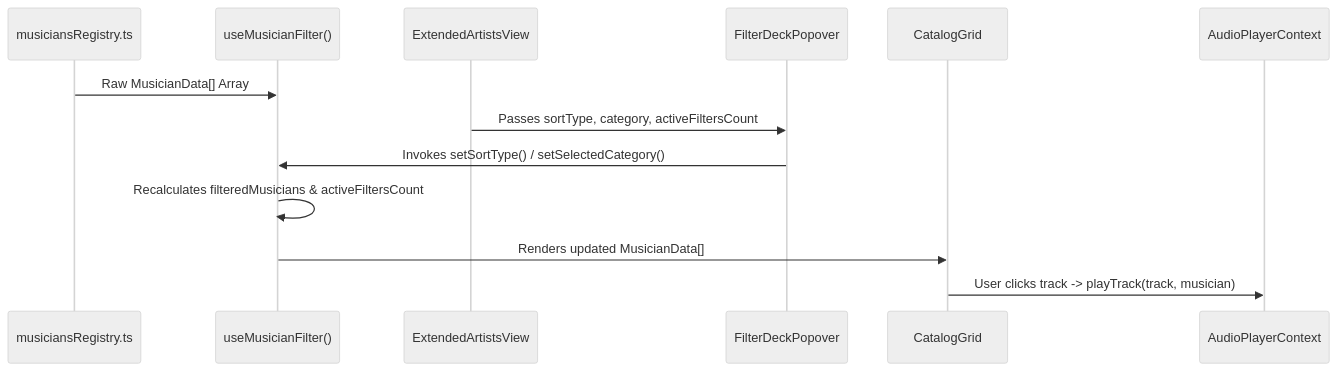
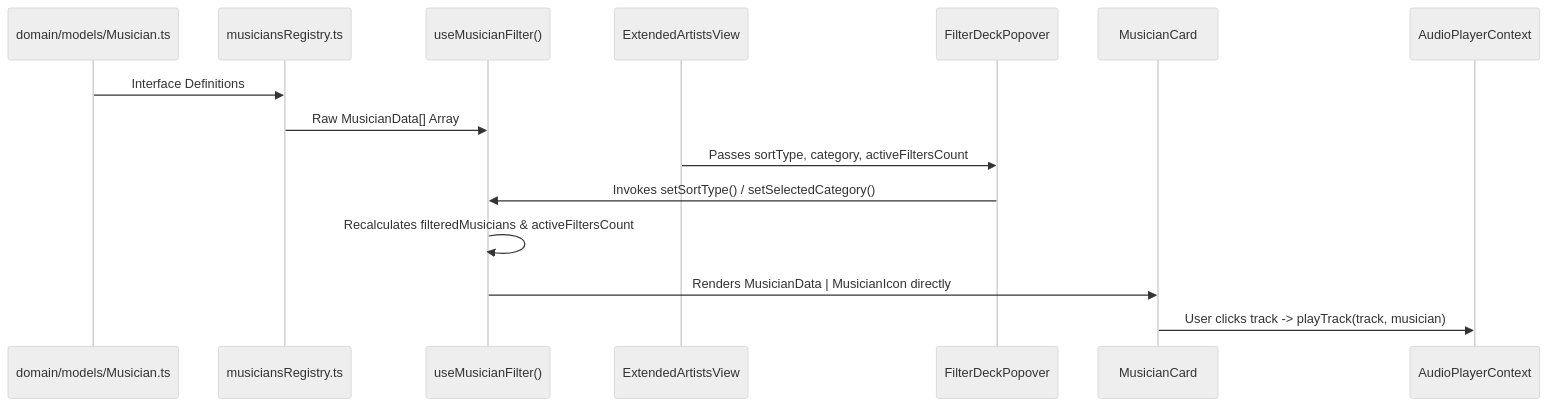
One commit to alouvre/exhibition_malang changed the diagram in docs/DATA_MODELS_AND_STORES.md. Above: the diagram before and after it, drawn with Mermaid (neutral theme). The commit also changed other lines of this file and 18 other files, not shown here.

Commit message:
docs: synchronize all technical documentation with shared components refactor, domain models, and route resilience

````diff
--- a/docs/DATA_MODELS_AND_STORES.md
+++ b/docs/DATA_MODELS_AND_STORES.md
@@ -7,16 +7,18 @@
 ```mermaid
 sequenceDiagram
+    participant Entity as domain/models/Musician.ts
     participant Registry as musiciansRegistry.ts
     participant Hook as useMusicianFilter()
     participant Page as ExtendedArtistsView
     participant Deck as FilterDeckPopover
-    participant Grid as CatalogGrid
+    participant Card as MusicianCard
     participant Player as AudioPlayerContext
 
+    Entity->>Registry: Interface Definitions
     Registry->>Hook: Raw MusicianData[] Array
     Page->>Deck: Passes sortType, category, activeFiltersCount
     Deck->>Hook: Invokes setSortType() / setSelectedCategory()
     Hook->>Hook: Recalculates filteredMusicians & activeFiltersCount
-    Hook->>Grid: Renders updated MusicianData[]
-    Grid->>Player: User clicks track -> playTrack(track, musician)
+    Hook->>Card: Renders MusicianData | MusicianIcon directly
+    Card->>Player: User clicks track -> playTrack(track, musician)
 ```
````
